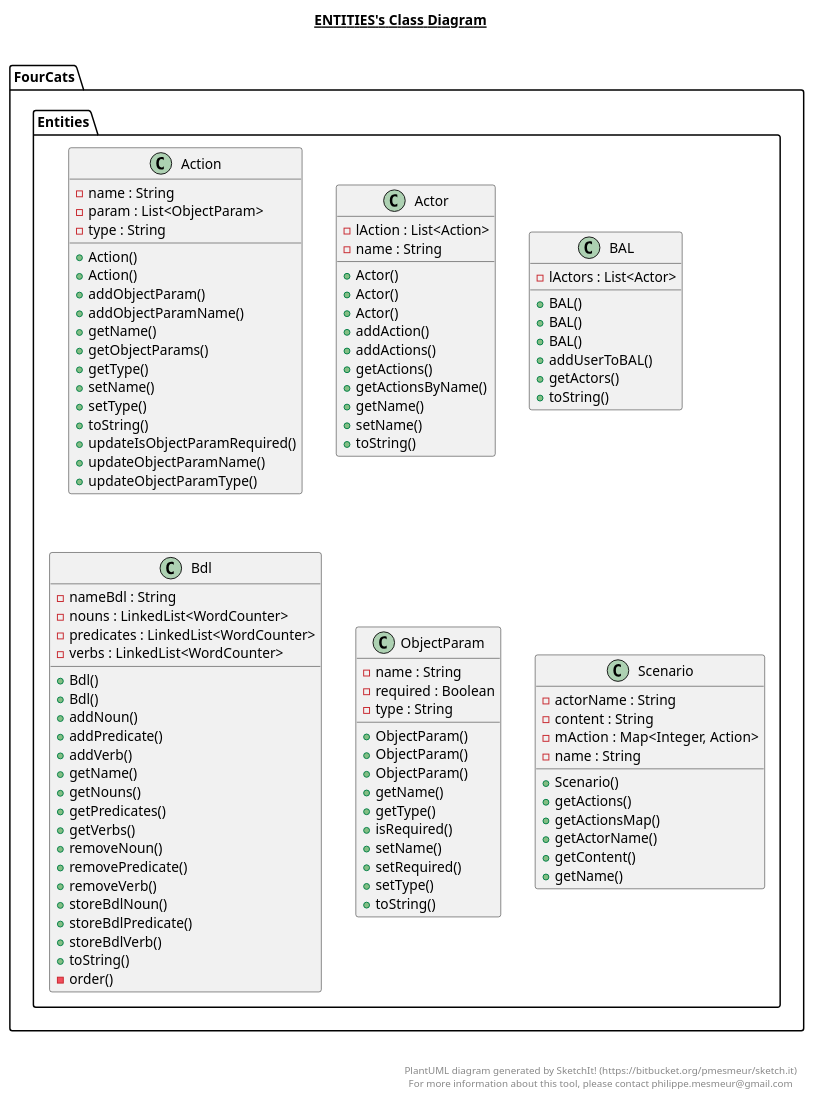
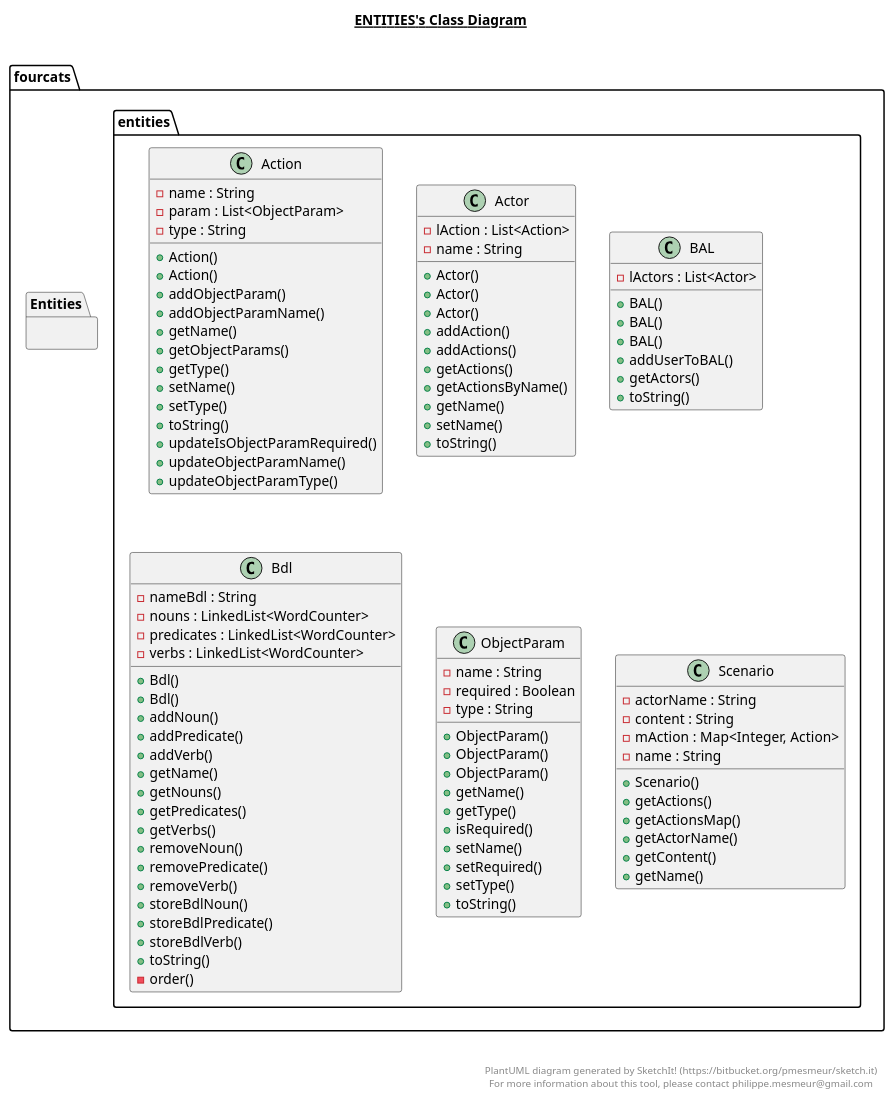
One commit to fourcatsteam/NaturalAPI changed the diagram in NaturalAPI_Design/src/main/java/fourcats/entities/Entities.plantuml. Above: the diagram before and after it, drawn with PlantUML. The commit also changed 15 other files, not shown here.

```diff
--- a/NaturalAPI_Design/src/main/java/fourcats/entities/Entities.plantuml
+++ b/NaturalAPI_Design/src/main/java/fourcats/entities/Entities.plantuml
@@ -1,141 +1,141 @@
 @startuml
 
 title __ENTITIES's Class Diagram__\n
 
-  namespace FourCats {
+  namespace fourcats {
     namespace Entities {
-      class FourCats.Entities.Action {
+      class fourcats.entities.Action {
           - name : String
           - param : List<ObjectParam>
           - type : String
           + Action()
           + Action()
           + addObjectParam()
           + addObjectParamName()
           + getName()
           + getObjectParams()
           + getType()
           + setName()
           + setType()
           + toString()
           + updateIsObjectParamRequired()
           + updateObjectParamName()
           + updateObjectParamType()
       }
     }
   }
   
 
-  namespace FourCats {
+  namespace fourcats {
     namespace Entities {
-      class FourCats.Entities.Actor {
+      class fourcats.entities.Actor {
           - lAction : List<Action>
           - name : String
           + Actor()
           + Actor()
           + Actor()
           + addAction()
           + addActions()
           + getActions()
           + getActionsByName()
           + getName()
           + setName()
           + toString()
       }
     }
   }
   
 
-  namespace FourCats {
+  namespace fourcats {
     namespace Entities {
-      class FourCats.Entities.BAL {
+      class fourcats.entities.BAL {
           - lActors : List<Actor>
           + BAL()
           + BAL()
           + BAL()
           + addUserToBAL()
           + getActors()
           + toString()
       }
     }
   }
   
 
-  namespace FourCats {
+  namespace fourcats {
     namespace Entities {
-      class FourCats.Entities.Bdl {
+      class fourcats.entities.Bdl {
           - nameBdl : String
           - nouns : LinkedList<WordCounter>
           - predicates : LinkedList<WordCounter>
           - verbs : LinkedList<WordCounter>
           + Bdl()
           + Bdl()
           + addNoun()
           + addPredicate()
           + addVerb()
           + getName()
           + getNouns()
           + getPredicates()
           + getVerbs()
           + removeNoun()
           + removePredicate()
           + removeVerb()
           + storeBdlNoun()
           + storeBdlPredicate()
           + storeBdlVerb()
           + toString()
           - order()
       }
     }
   }
   
 
-  namespace FourCats {
+  namespace fourcats {
     namespace Entities {
-      class FourCats.Entities.ObjectParam {
+      class fourcats.entities.ObjectParam {
           - name : String
           - required : Boolean
           - type : String
           + ObjectParam()
           + ObjectParam()
           + ObjectParam()
           + getName()
           + getType()
           + isRequired()
           + setName()
           + setRequired()
           + setType()
           + toString()
       }
     }
   }
   
 
-  namespace FourCats {
+  namespace fourcats {
     namespace Entities {
-      class FourCats.Entities.Scenario {
+      class fourcats.entities.Scenario {
           - actorName : String
           - content : String
           - mAction : Map<Integer, Action>
           - name : String
           + Scenario()
           + getActions()
           + getActionsMap()
           + getActorName()
           + getContent()
           + getName()
       }
     }
   }
   
 
 
 
 right footer
 
 
 PlantUML diagram generated by SketchIt! (https://bitbucket.org/pmesmeur/sketch.it)
 For more information about this tool, please contact philippe.mesmeur@gmail.com
 endfooter
 
 @enduml
```
